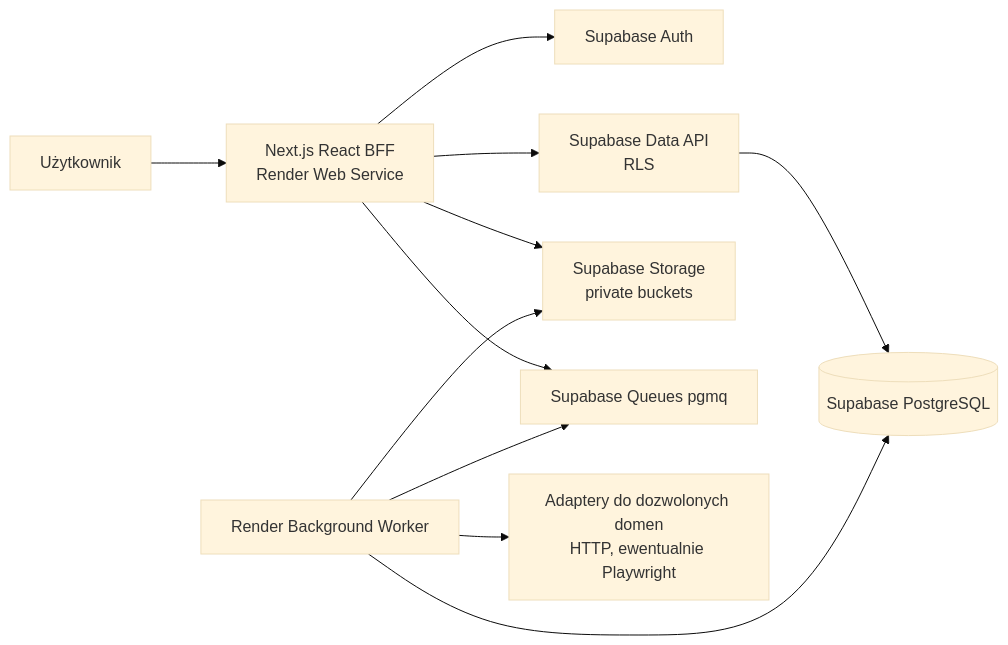
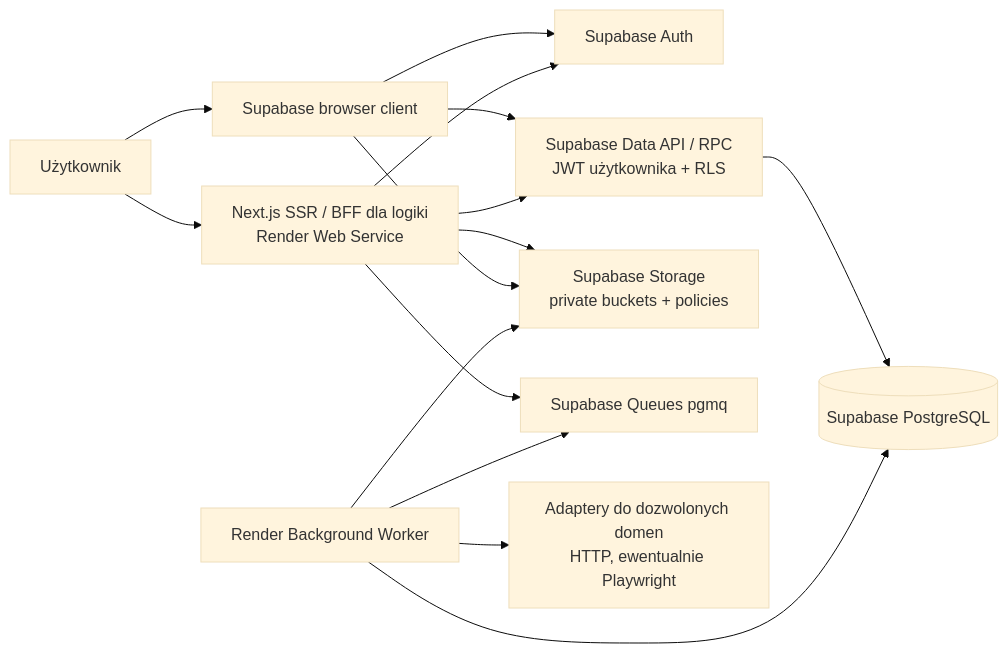
One commit to kozdro/jobs-crm changed the diagram in docs/technical/architecture.md. Above: the diagram before and after it, drawn with Mermaid (base theme). The commit also changed other lines of this file and 34 other files, not shown here.

Commit message:
docs: adopt Supabase-native auth and simplify F3/F4 architecture

````diff
--- a/docs/technical/architecture.md
+++ b/docs/technical/architecture.md
@@ -7,13 +7,17 @@
 ```mermaid
 flowchart LR
-  U[Użytkownik] --> WEB[Next.js React BFF\nRender Web Service]
-  WEB --> AUTH[Supabase Auth]
-  WEB --> API[Supabase Data API\nRLS]
+  U[Użytkownik] --> BROWSER[Supabase browser client]
+  U --> WEB[Next.js SSR / BFF dla logiki\nRender Web Service]
+  BROWSER --> AUTH[Supabase Auth]
+  BROWSER --> API[Supabase Data API / RPC\nJWT użytkownika + RLS]
+  WEB --> AUTH
+  WEB --> API
   API --> DB[(Supabase PostgreSQL)]
-  WEB --> ST[Supabase Storage\nprivate buckets]
+  WEB --> ST[Supabase Storage\nprivate buckets + policies]
+  BROWSER --> ST
   WEB --> Q[Supabase Queues pgmq]
   W[Render Background Worker] --> Q
   W --> DB
   W --> ST
   W --> EX[Adaptery do dozwolonych domen\nHTTP, ewentualnie Playwright]
 ```
````
